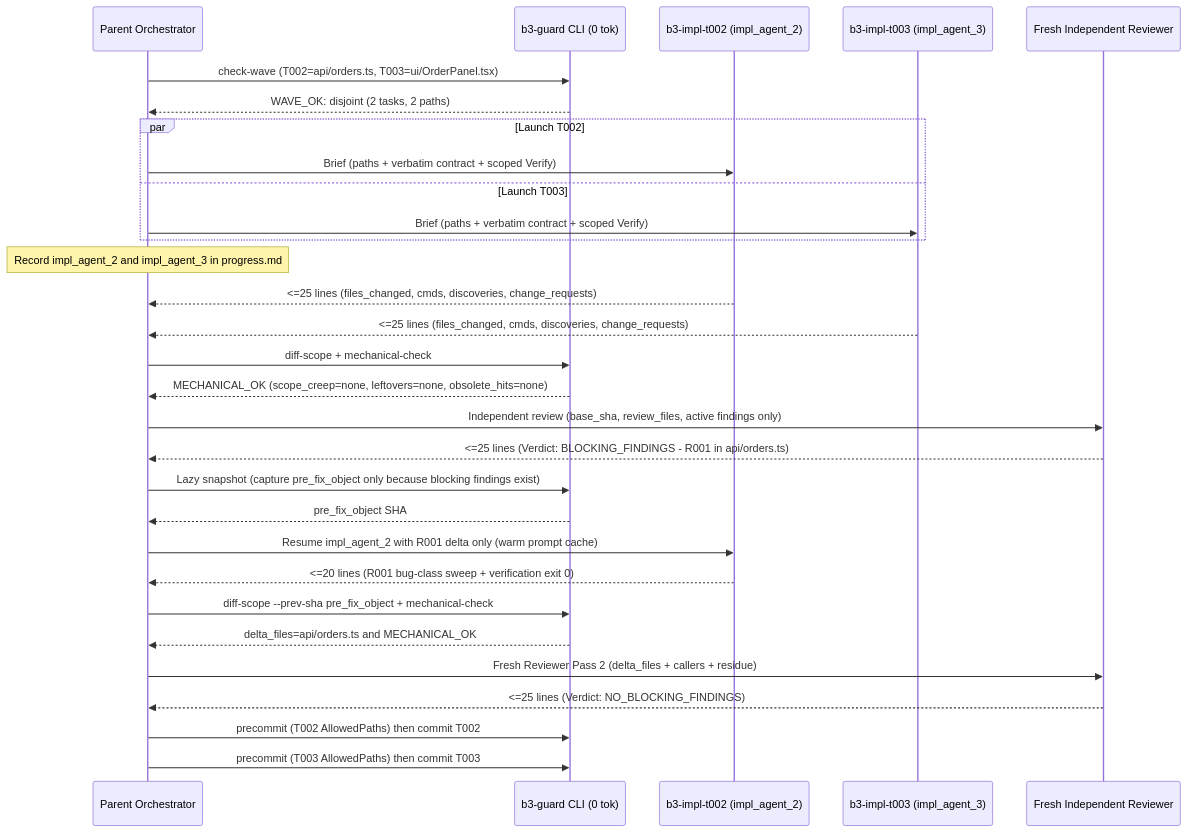
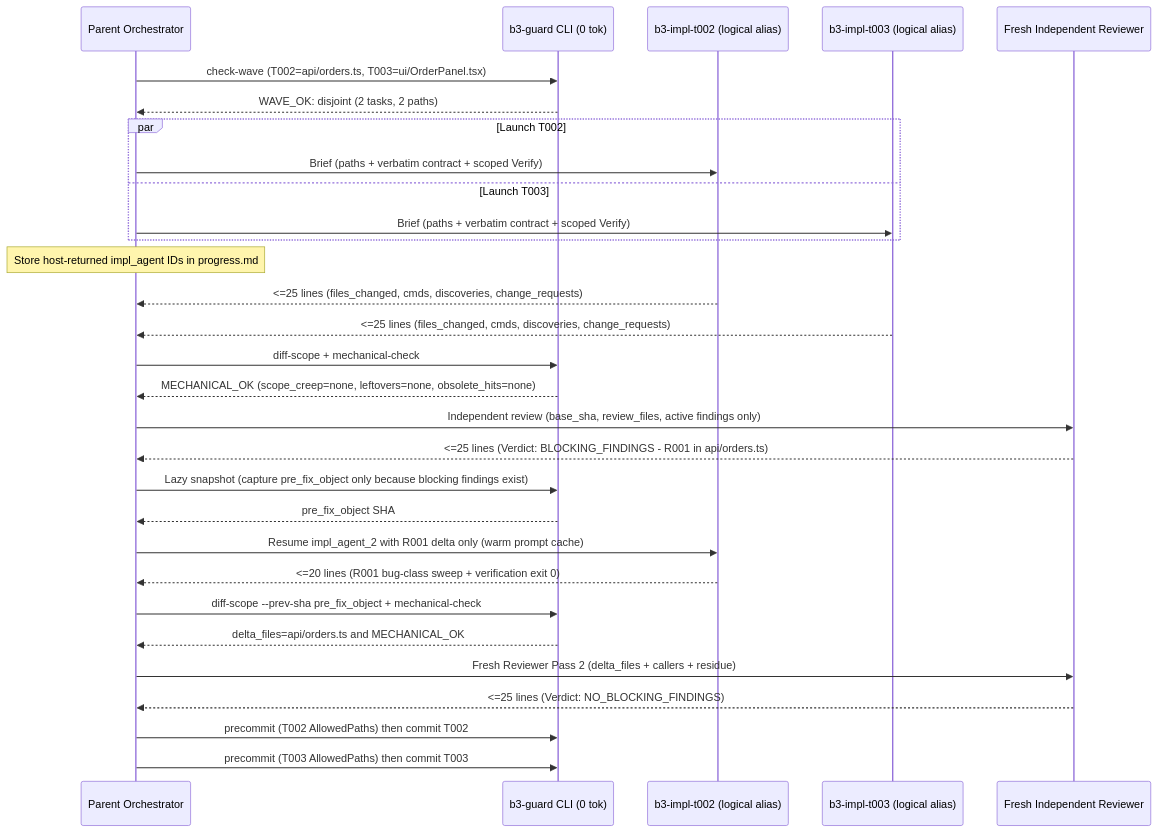
The second of 5 diagrams in docs/ship-and-review-guide.md (hptbee/b3_ai-engineering), drawn with Mermaid before and after one commit. The commit also changed other lines of this file and 12 other files, not shown here.

First line of the commit message:
refactor: make B3 agent naming dispatch-scoped and host-safe

````diff
--- a/docs/ship-and-review-guide.md
+++ b/docs/ship-and-review-guide.md
@@ -66,42 +68,42 @@
 ```mermaid
 sequenceDiagram
     participant P as Parent Orchestrator
     participant G as b3-guard CLI (0 tok)
-    participant S2 as b3-impl-t002 (impl_agent_2)
-    participant S3 as b3-impl-t003 (impl_agent_3)
+    participant W2 as b3-impl-t002 (logical alias)
+    participant W3 as b3-impl-t003 (logical alias)
     participant R as Fresh Independent Reviewer
 
     P->>G: check-wave (T002=api/orders.ts, T003=ui/OrderPanel.tsx)
     G-->>P: WAVE_OK: disjoint (2 tasks, 2 paths)
 
     par Launch T002
-        P->>S2: Brief (paths + verbatim contract + scoped Verify)
+        P->>W2: Brief (paths + verbatim contract + scoped Verify)
     and Launch T003
-        P->>S3: Brief (paths + verbatim contract + scoped Verify)
+        P->>W3: Brief (paths + verbatim contract + scoped Verify)
     end
-    Note over P: Record impl_agent_2 and impl_agent_3 in progress.md
+    Note over P: Store host-returned impl_agent IDs in progress.md
 
-    S2-->>P: <=25 lines (files_changed, cmds, discoveries, change_requests)
-    S3-->>P: <=25 lines (files_changed, cmds, discoveries, change_requests)
+    W2-->>P: <=25 lines (files_changed, cmds, discoveries, change_requests)
+    W3-->>P: <=25 lines (files_changed, cmds, discoveries, change_requests)
 
     P->>G: diff-scope + mechanical-check
     G-->>P: MECHANICAL_OK (scope_creep=none, leftovers=none, obsolete_hits=none)
 
     P->>R: Independent review (base_sha, review_files, active findings only)
     R-->>P: <=25 lines (Verdict: BLOCKING_FINDINGS - R001 in api/orders.ts)
 
     P->>G: Lazy snapshot (capture pre_fix_object only because blocking findings exist)
     G-->>P: pre_fix_object SHA
 
-    P->>S2: Resume impl_agent_2 with R001 delta only (warm prompt cache)
-    S2-->>P: <=20 lines (R001 bug-class sweep + verification exit 0)
+    P->>W2: Resume impl_agent_2 with R001 delta only (warm prompt cache)
+    W2-->>P: <=20 lines (R001 bug-class sweep + verification exit 0)
 
     P->>G: diff-scope --prev-sha pre_fix_object + mechanical-check
     G-->>P: delta_files=api/orders.ts and MECHANICAL_OK
 
     P->>R: Fresh Reviewer Pass 2 (delta_files + callers + residue)
     R-->>P: <=25 lines (Verdict: NO_BLOCKING_FINDINGS)
 
     P->>G: precommit (T002 AllowedPaths) then commit T002
     P->>G: precommit (T003 AllowedPaths) then commit T003
 ```
````
